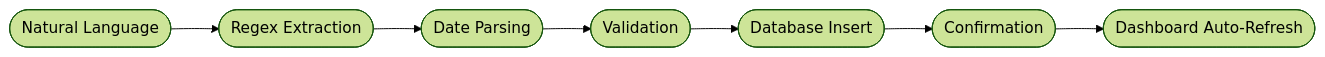
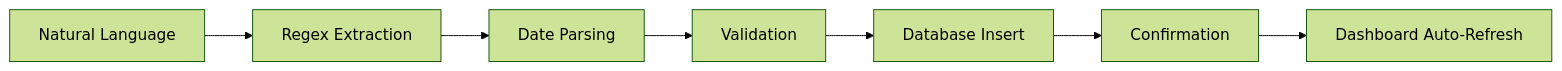
One commit to chaitanyasaiyerra/Musuem-chatbot changed the third of 5 diagrams in TECHNICAL_GUIDE.md. Above: the diagram before and after it, drawn with Mermaid (forest theme). The commit also changed other lines of this file and 1 other file, not shown here.

Commit message:
docs: wrap mermaid nodes in standard boxes with quotes to prevent text wrapping

````diff
--- a/TECHNICAL_GUIDE.md
+++ b/TECHNICAL_GUIDE.md
@@ -210,9 +210,9 @@
 ```mermaid
 graph LR
-    A([Natural Language]) --> B([Regex Extraction])
-    B --> C([Date Parsing])
-    C --> D([Validation])
-    D --> E([Database Insert])
-    E --> F([Confirmation])
-    F --> G([Dashboard Auto-Refresh])
+    A["Natural Language"] --> B["Regex Extraction"]
+    B --> C["Date Parsing"]
+    C --> D["Validation"]
+    D --> E["Database Insert"]
+    E --> F["Confirmation"]
+    F --> G["Dashboard Auto-Refresh"]
 ```
````
